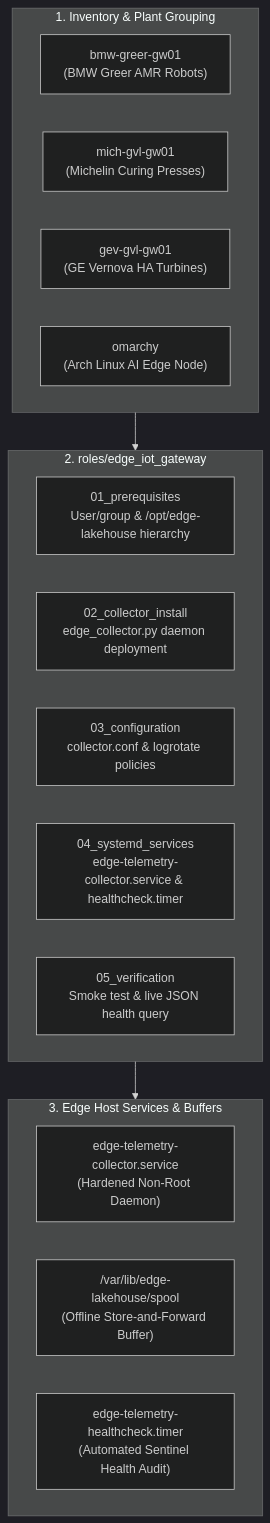
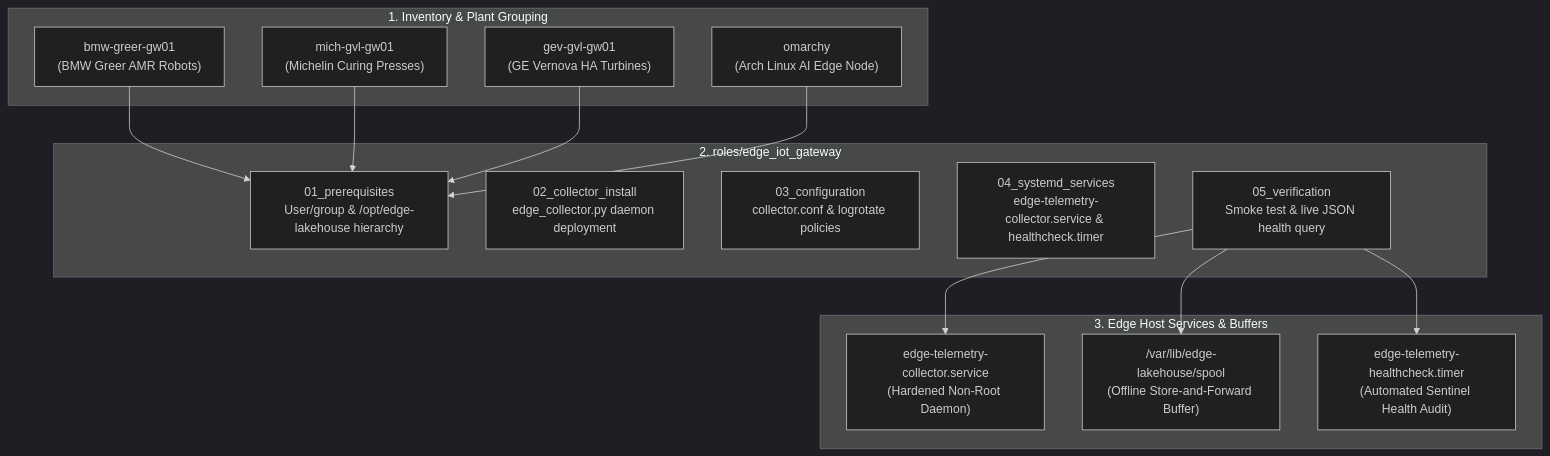
One commit to FreeFades2Black/edge-telemetry-lakehouse changed the diagram in ansible/README.md. Above: the diagram before and after it, drawn with Mermaid (dark theme).

Commit message:
fix(docs): connect explicit nodes in ansible architecture Mermaid diagram

````diff
--- a/ansible/README.md
+++ b/ansible/README.md
@@ -16,26 +16,26 @@
 ```mermaid
 flowchart TD
     subgraph S_INV["1. Inventory & Plant Grouping"]
         I1["bmw-greer-gw01<br/>(BMW Greer AMR Robots)"]
         I2["mich-gvl-gw01<br/>(Michelin Curing Presses)"]
         I3["gev-gvl-gw01<br/>(GE Vernova HA Turbines)"]
         I4["omarchy<br/>(Arch Linux AI Edge Node)"]
     end
 
     subgraph S_ROLE["2. roles/edge_iot_gateway"]
         R1["01_prerequisites<br/>User/group & /opt/edge-lakehouse hierarchy"]
         R2["02_collector_install<br/>edge_collector.py daemon deployment"]
         R3["03_configuration<br/>collector.conf & logrotate policies"]
         R4["04_systemd_services<br/>edge-telemetry-collector.service & healthcheck.timer"]
         R5["05_verification<br/>Smoke test & live JSON health query"]
     end
 
     subgraph S_OS["3. Edge Host Services & Buffers"]
         D1["edge-telemetry-collector.service<br/>(Hardened Non-Root Daemon)"]
         D2["/var/lib/edge-lakehouse/spool<br/>(Offline Store-and-Forward Buffer)"]
         D3["edge-telemetry-healthcheck.timer<br/>(Automated Sentinel Health Audit)"]
     end
 
-    S_INV --> S_ROLE
-    S_ROLE --> S_OS
+    I1 & I2 & I3 & I4 --> R1
+    R5 --> D1 & D2 & D3
 ```
````
